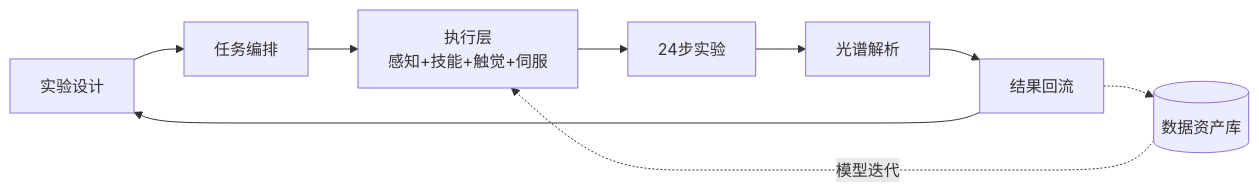
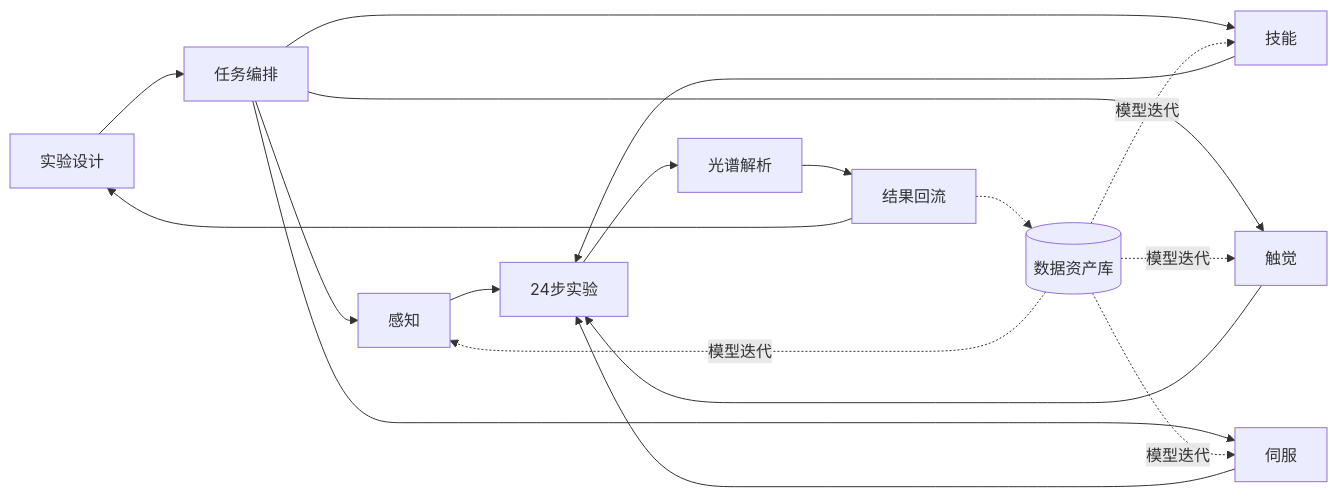
Before and after one commit to majosan/josan-obsidian-vault: the diagram in 01-AI化学实验室/项目实施/原位红外/科学实验操作智能体系统-项目简报.md, drawn with Mermaid. The commit also changed other lines of this file, not shown here.

Commit message:
vault backup: 2026-08-11 11:35:39

````diff
--- a/01-AI化学实验室/项目实施/原位红外/科学实验操作智能体系统-项目简报.md
+++ b/01-AI化学实验室/项目实施/原位红外/科学实验操作智能体系统-项目简报.md
@@ -137,6 +140,10 @@
 ```mermaid
 flowchart LR
-    A[实验设计] --> B[任务编排] --> C[执行层<br/>感知+技能+触觉+伺服] --> D[24步实验] --> E[光谱解析] --> F[结果回流]
-    F --> A
-    F -.-> G[(数据资产库)] -.->|模型迭代| C
+  A[实验设计] --> B[任务编排]
+  B --> C1[感知] & C2[技能] & C3[触觉] & C4[伺服]
+  C1 & C2 & C3 & C4 --> D[24步实验]
+  D --> E[光谱解析] --> F[结果回流]
+  F --> A
+  F -.-> G[(数据资产库)]
+  G -.->|模型迭代| C1 & C2 & C3 & C4
 ```
````
